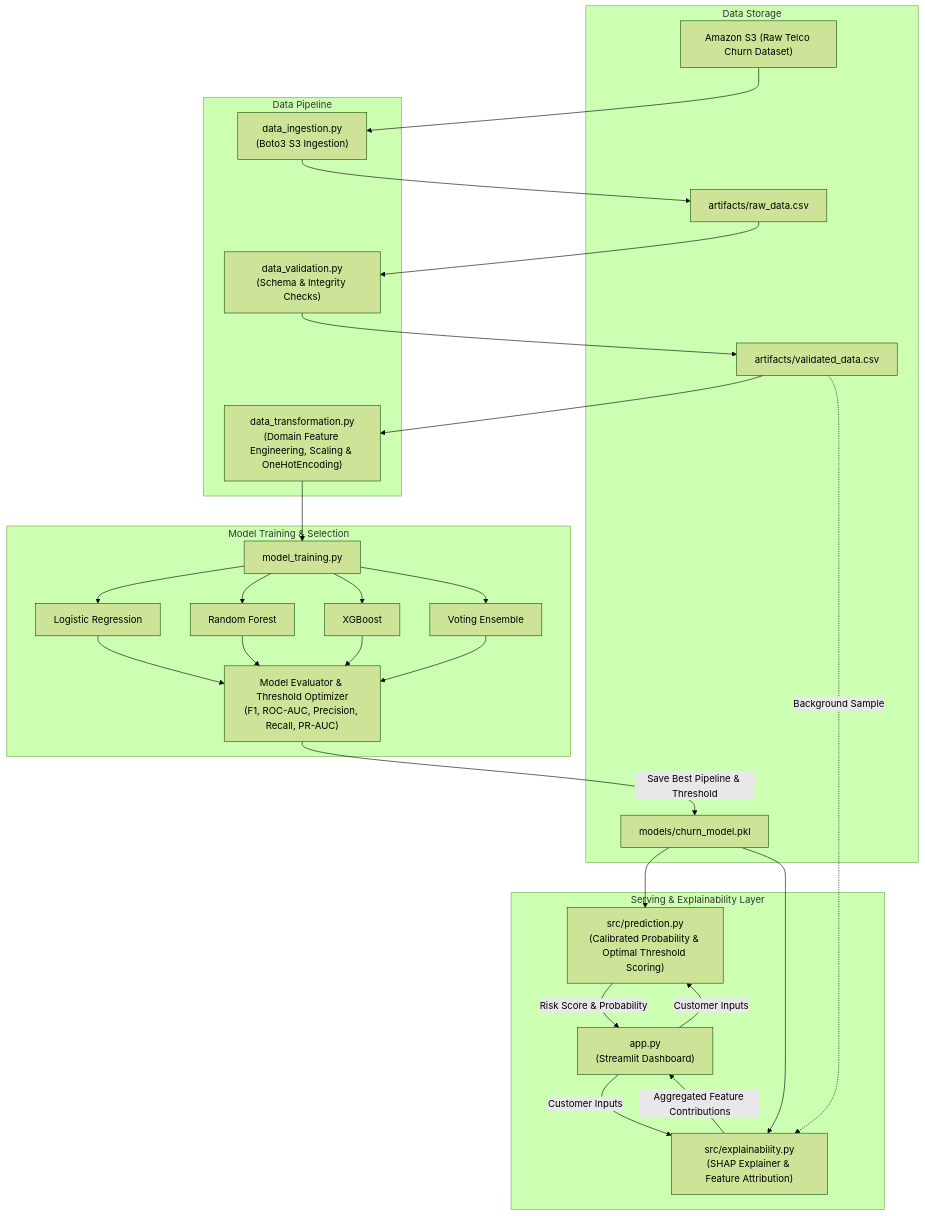
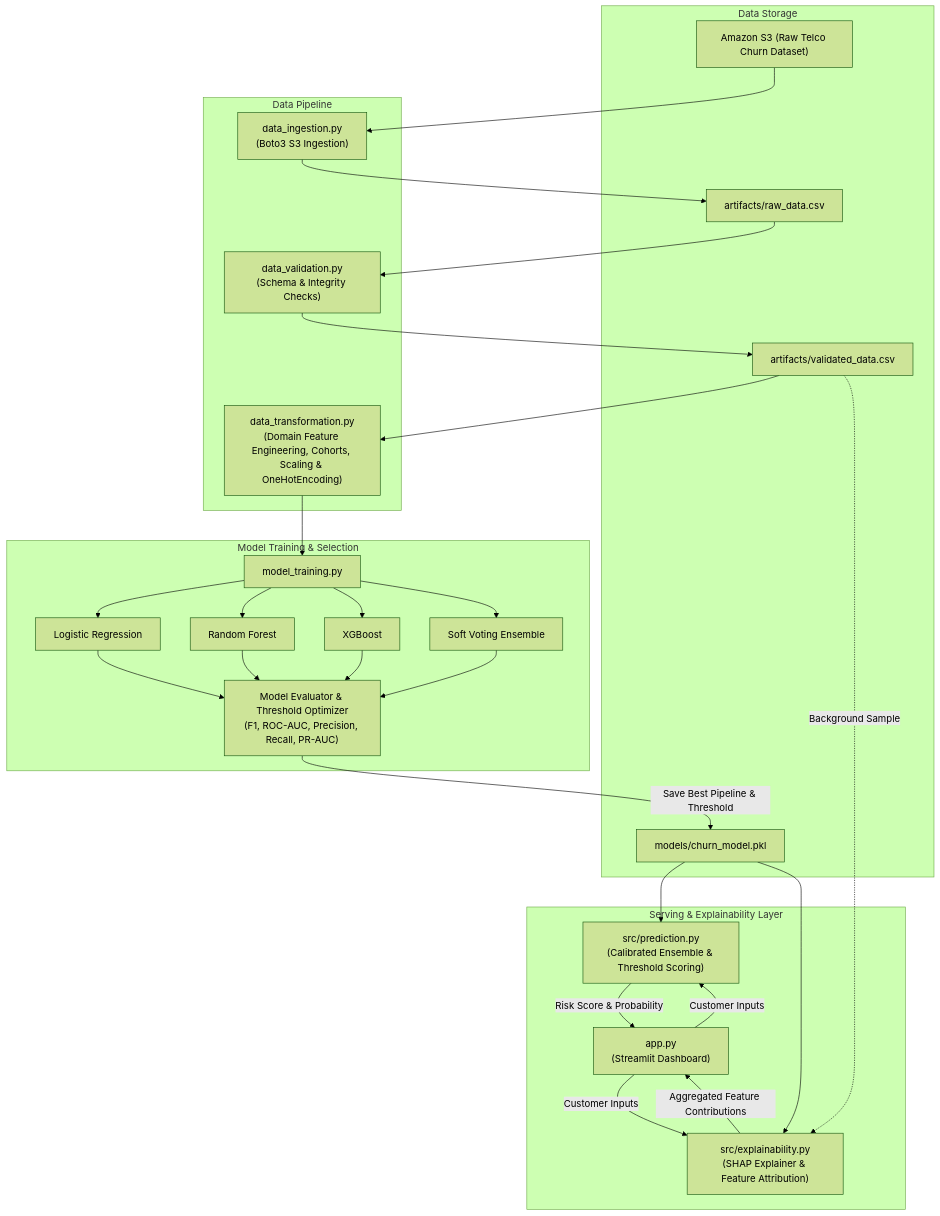
The diagram in README.md (Ujjwal-Bajpayee/ChurnShield), drawn with Mermaid (forest theme) before and after one commit. The commit also changed other lines of this file and 4 other files, not shown here.

Commit message:
Added Soft Ensemble

````diff
--- a/README.md
+++ b/README.md
@@ -15,44 +15,44 @@
 ```mermaid
 flowchart TD
     subgraph Storage["Data Storage"]
         S3["Amazon S3 (Raw Telco Churn Dataset)"]
         RawCSV["artifacts/raw_data.csv"]
         ValCSV["artifacts/validated_data.csv"]
         ModelPkl["models/churn_model.pkl"]
     end
 
     subgraph Pipeline["Data Pipeline"]
         Ingest["data_ingestion.py\n(Boto3 S3 Ingestion)"]
         Validate["data_validation.py\n(Schema & Integrity Checks)"]
-        Transform["data_transformation.py\n(Domain Feature Engineering, Scaling & OneHotEncoding)"]
+        Transform["data_transformation.py\n(Domain Feature Engineering, Cohorts, Scaling & OneHotEncoding)"]
     end
 
     subgraph Modeling["Model Training & Selection"]
         Train["model_training.py"]
         LR["Logistic Regression"]
         RF["Random Forest"]
         XGB["XGBoost"]
-        Ens["Voting Ensemble"]
+        Ens["Soft Voting Ensemble"]
         Eval["Model Evaluator & Threshold Optimizer\n(F1, ROC-AUC, Precision, Recall, PR-AUC)"]
     end
 
     subgraph Serving["Serving & Explainability Layer"]
         UI["app.py\n(Streamlit Dashboard)"]
-        Predictor["src/prediction.py\n(Calibrated Probability & Optimal Threshold Scoring)"]
+        Predictor["src/prediction.py\n(Calibrated Ensemble & Threshold Scoring)"]
         Explainer["src/explainability.py\n(SHAP Explainer & Feature Attribution)"]
     end
 
     S3 --> Ingest --> RawCSV --> Validate --> ValCSV --> Transform
     Transform --> Train
     Train --> LR & RF & XGB & Ens --> Eval
     Eval -->|Save Best Pipeline & Threshold| ModelPkl
 
     ModelPkl --> Predictor
     ModelPkl --> Explainer
     ValCSV -.->|Background Sample| Explainer
 
     UI -->|Customer Inputs| Predictor
     UI -->|Customer Inputs| Explainer
     Predictor -->|Risk Score & Probability| UI
     Explainer -->|Aggregated Feature Contributions| UI
 ```
````
